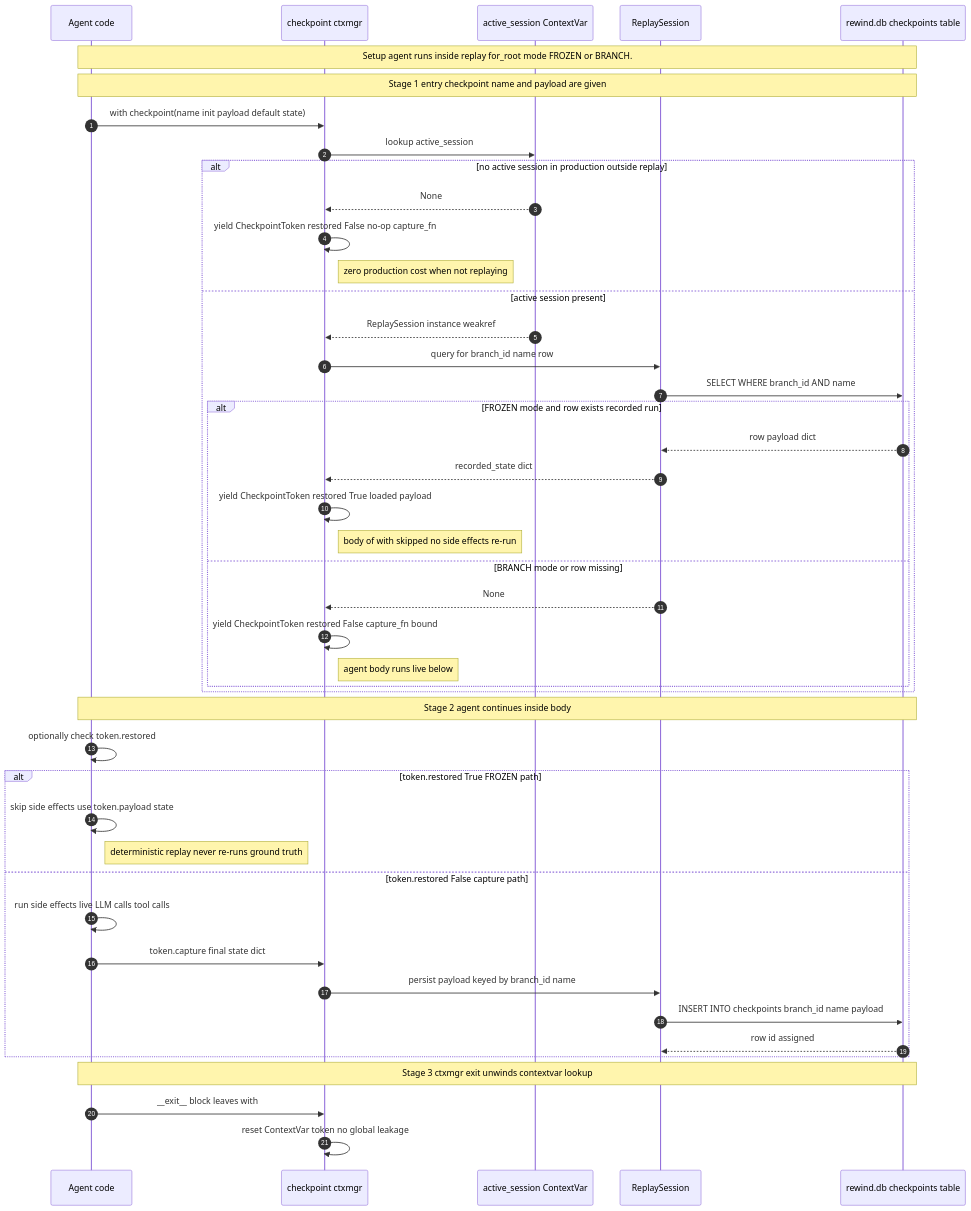
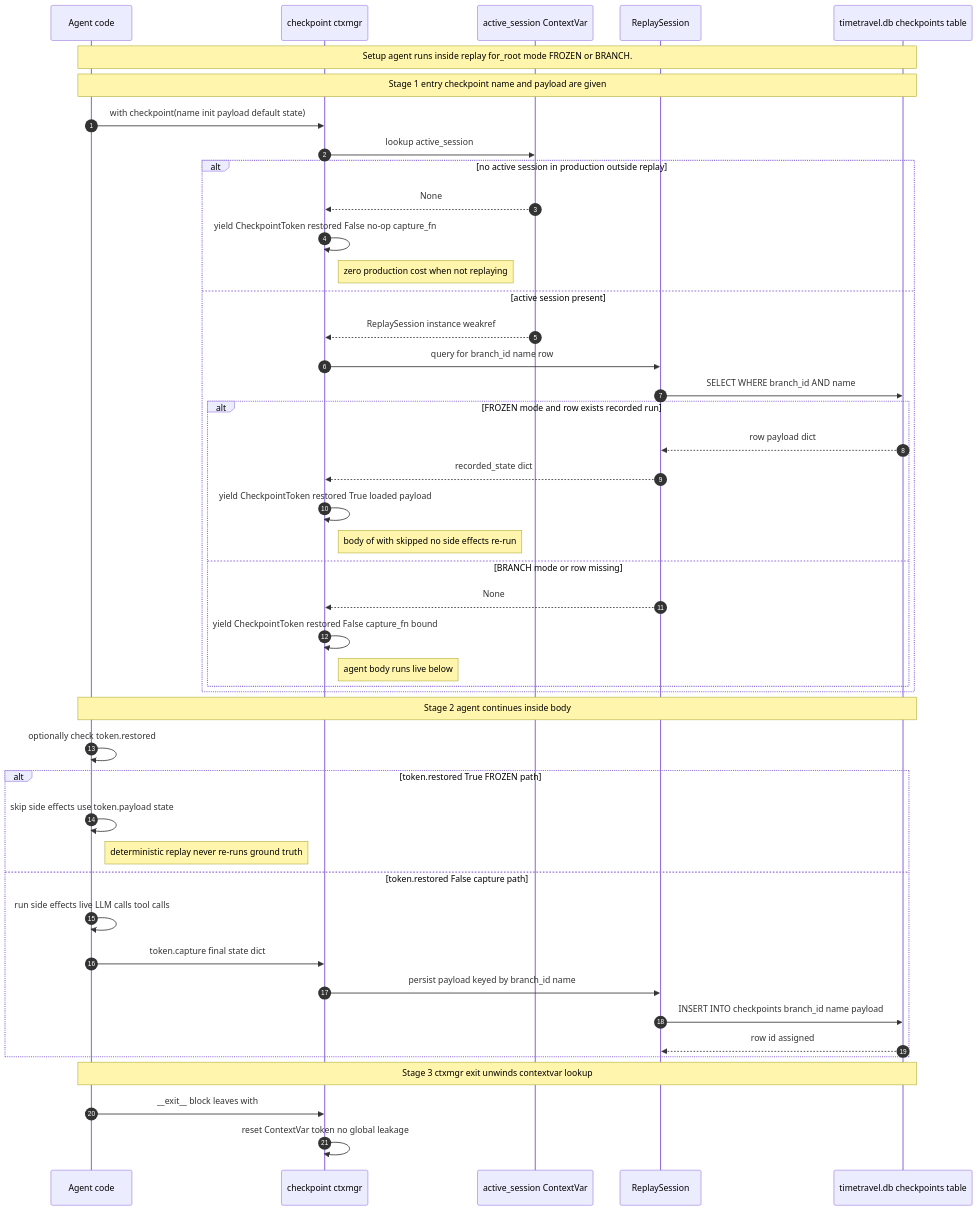
The second of 3 diagrams in docs/phases/phase-4.md (akshay-mp/Rewind), drawn with Mermaid before and after one commit. The commit also changed other lines of this file and 244 other files, not shown here.

````diff
--- a/docs/phases/phase-4.md
+++ b/docs/phases/phase-4.md
@@ -300,47 +300,47 @@
 ```mermaid
 sequenceDiagram
     autonumber
     participant A as Agent code
     participant SDK as checkpoint ctxmgr
     participant AS as active_session ContextVar
     participant S as ReplaySession
-    participant DB as rewind.db checkpoints table
+    participant DB as timetravel.db checkpoints table
     Note over A,DB: Setup agent runs inside replay for_root mode FROZEN or BRANCH.
     Note over A,DB: Stage 1 entry checkpoint name and payload are given
     A->>SDK: with checkpoint(name init payload default state)
     SDK->>AS: lookup active_session
     alt no active session in production outside replay
         AS-->>SDK: None
         SDK->>SDK: yield CheckpointToken restored False no-op capture_fn
         Note right of SDK: zero production cost when not replaying
     else active session present
         AS-->>SDK: ReplaySession instance weakref
         SDK->>S: query for branch_id name row
         S->>DB: SELECT WHERE branch_id AND name
         alt FROZEN mode and row exists recorded run
             DB-->>S: row payload dict
             S-->>SDK: recorded_state dict
             SDK->>SDK: yield CheckpointToken restored True loaded payload
             Note right of SDK: body of with skipped no side effects re-run
         else BRANCH mode or row missing
             S-->>SDK: None
             SDK->>SDK: yield CheckpointToken restored False capture_fn bound
             Note right of SDK: agent body runs live below
         end
     end
     Note over A,DB: Stage 2 agent continues inside body
     A->>A: optionally check token.restored
     alt token.restored True FROZEN path
         A->>A: skip side effects use token.payload state
         Note right of A: deterministic replay never re-runs ground truth
     else token.restored False capture path
         A->>A: run side effects live LLM calls tool calls
         A->>SDK: token.capture final state dict
         SDK->>S: persist payload keyed by branch_id name
         S->>DB: INSERT INTO checkpoints branch_id name payload
         DB-->>S: row id assigned
     end
     Note over A,DB: Stage 3 ctxmgr exit unwinds contextvar lookup
     A->>SDK: __exit__ block leaves with
     SDK->>SDK: reset ContextVar token no global leakage
 ```
````
